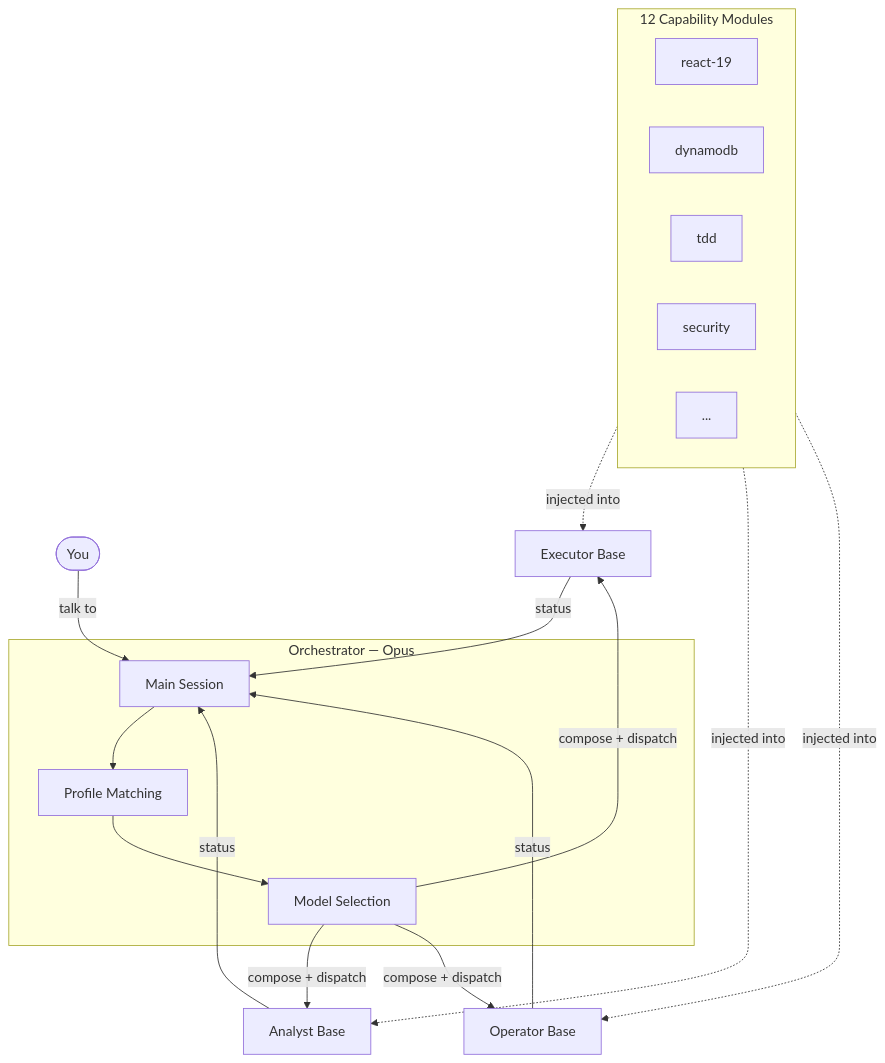
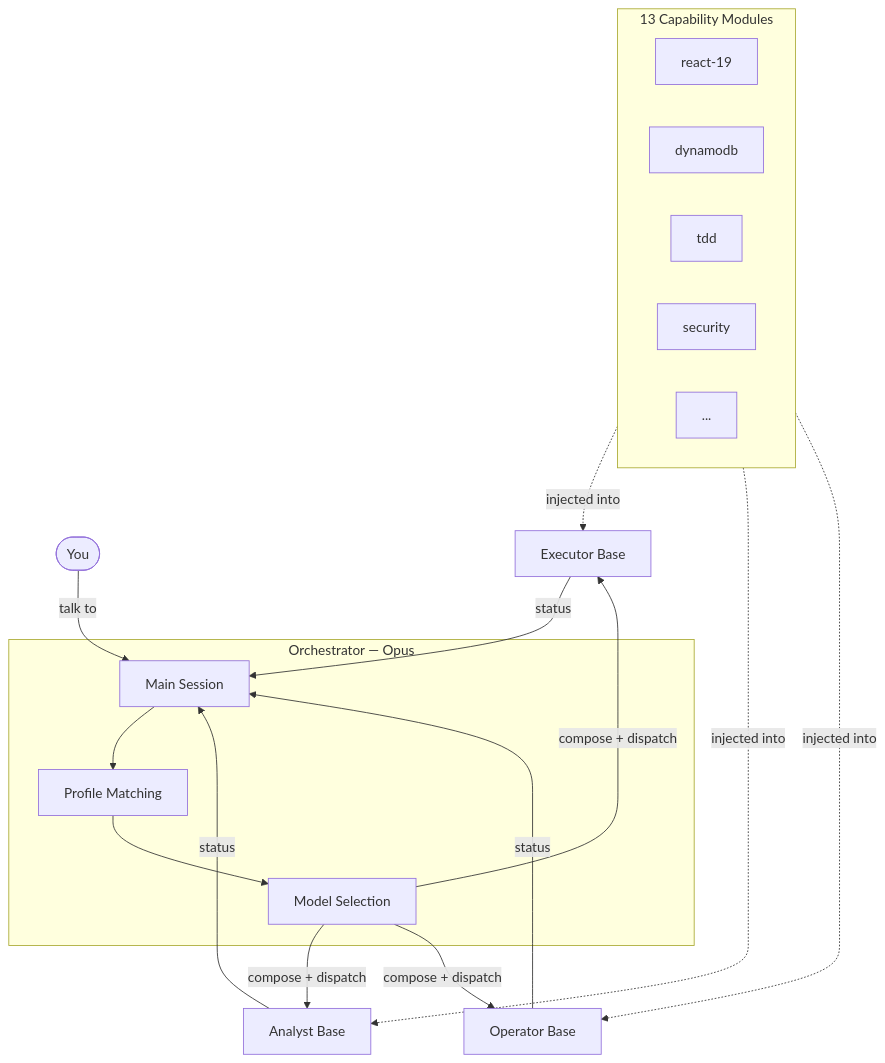
One commit to ilsantino/iago-os changed the first of 2 diagrams in README.md. Above: the diagram before and after it, drawn with Mermaid. The commit also changed other lines of this file and 1 other file, not shown here.

````diff
--- a/README.md
+++ b/README.md
@@ -203,32 +186,32 @@
 ```mermaid
 flowchart TD
     You([You]) -->|talk to| Orch
 
     subgraph Orchestrator [Orchestrator — Opus]
         Orch[Main Session]
         PM[Profile Matching]
         MC[Model Selection]
         Orch --> PM --> MC
     end
 
     MC -->|compose + dispatch| E[Executor Base]
     MC -->|compose + dispatch| A[Analyst Base]
     MC -->|compose + dispatch| O[Operator Base]
 
-    subgraph Capabilities [12 Capability Modules]
+    subgraph Capabilities [13 Capability Modules]
         direction LR
         C1[react-19]
         C2[dynamodb]
         C3[tdd]
         C4[security]
         C5[...]
     end
 
     Capabilities -.->|injected into| E
     Capabilities -.->|injected into| A
     Capabilities -.->|injected into| O
 
     E -->|status| Orch
     A -->|status| Orch
     O -->|status| Orch
 ```
````
